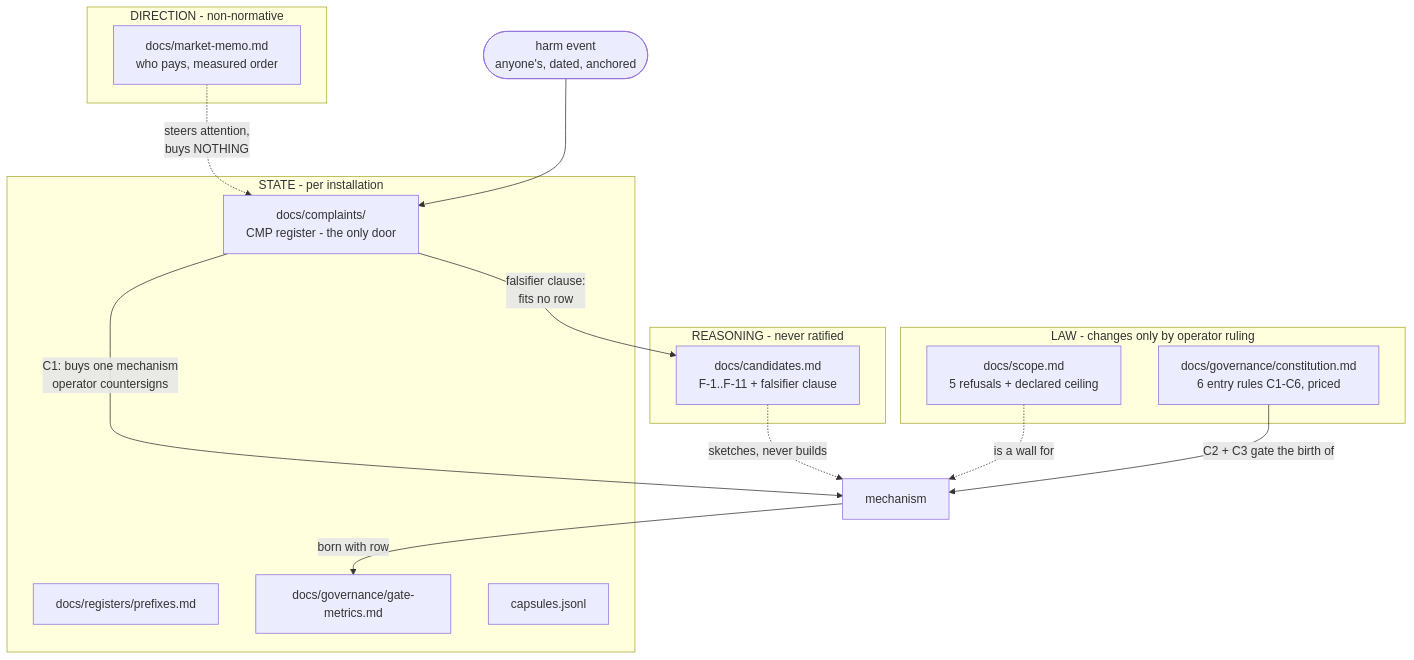
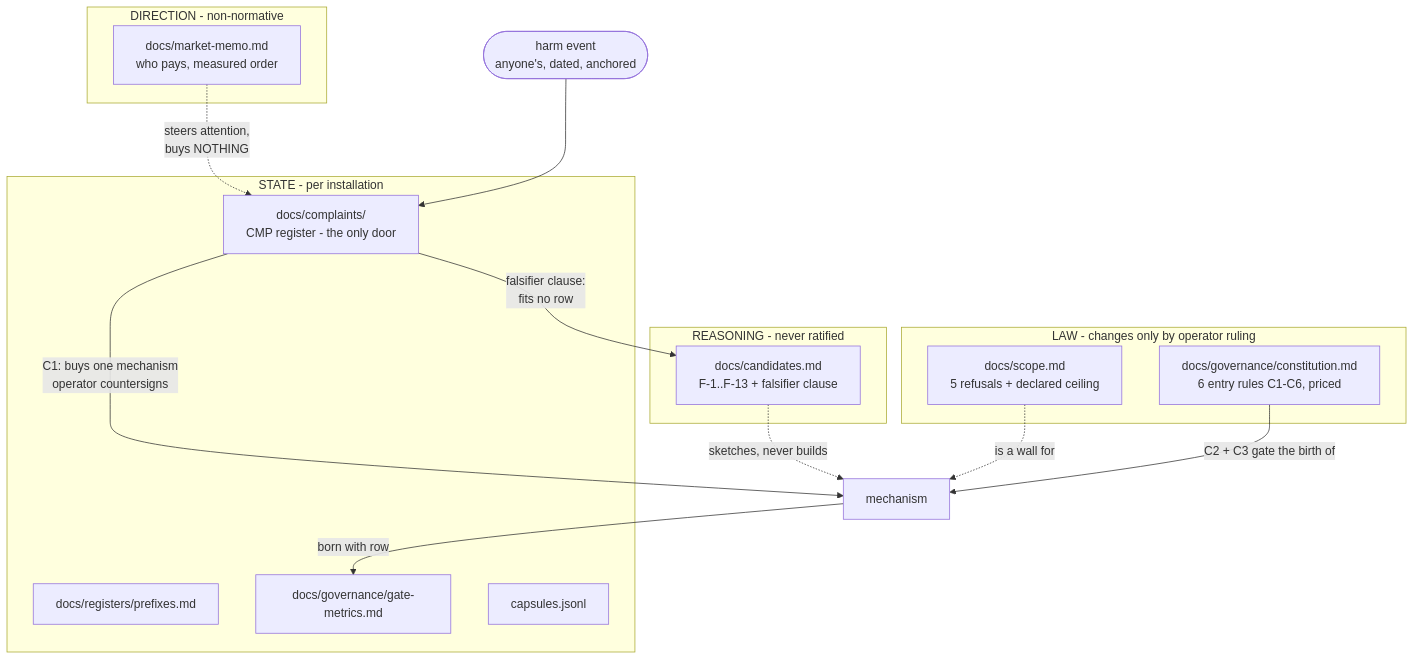
Before and after one commit to m1981/truth-ledger2: the first of 5 diagrams in docs/diagrams.md, drawn with Mermaid. The commit also changed other lines of this file and 3 other files, not shown here.

````diff
--- a/docs/diagrams.md
+++ b/docs/diagrams.md
@@ -16,27 +16,27 @@
 ```mermaid
 flowchart TB
     subgraph LAW["LAW - changes only by operator ruling"]
         SCOPE["docs/scope.md<br/>5 refusals + declared ceiling"]
         CONST["docs/governance/constitution.md<br/>6 entry rules C1-C6, priced"]
     end
     subgraph REASONING["REASONING - never ratified"]
-        CAND["docs/candidates.md<br/>F-1..F-11 + falsifier clause"]
+        CAND["docs/candidates.md<br/>F-1..F-13 + falsifier clause"]
     end
     subgraph DIRECTION["DIRECTION - non-normative"]
         MEMO["docs/market-memo.md<br/>who pays, measured order"]
     end
     subgraph STATE["STATE - per installation"]
         CMPS["docs/complaints/<br/>CMP register - the only door"]
         REGS["docs/registers/prefixes.md"]
         METRICS["docs/governance/gate-metrics.md"]
         CAPS["capsules.jsonl"]
     end
     HARM(["harm event<br/>anyone's, dated, anchored"]) --> CMPS
     CMPS -- "C1: buys one mechanism<br/>operator countersigns" --> MECH["mechanism"]
     CMPS -- "falsifier clause:<br/>fits no row" --> CAND
     SCOPE -. "is a wall for" .-> MECH
     CONST -- "C2 + C3 gate the birth of" --> MECH
     MEMO -. "steers attention,<br/>buys NOTHING" .-> CMPS
     MECH -- "born with row" --> METRICS
     CAND -. "sketches, never builds" .-> MECH
 ```
````
